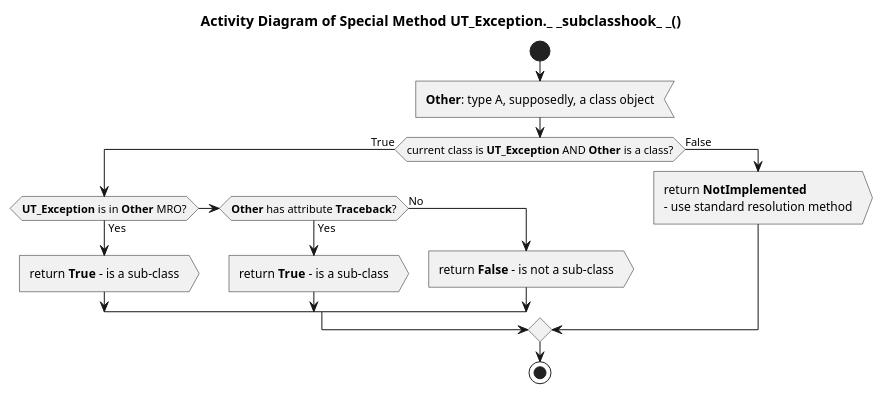
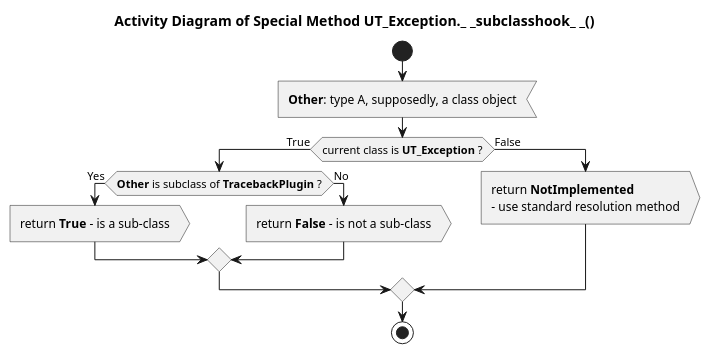
One commit to FooBarShebang/introspection_lib changed the diagram in Documentation/UML/base_exceptions/ut_exception_subclasshook.pu. Above: the diagram before and after it, drawn with PlantUML. The commit also changed 16 other files, not shown here.

```diff
--- a/Documentation/UML/base_exceptions/ut_exception_subclasshook.pu
+++ b/Documentation/UML/base_exceptions/ut_exception_subclasshook.pu
@@ -1,23 +1,21 @@
 @startuml ut_exception_subclasshook
 
 title Activity Diagram of Special Method UT_Exception._ _subclasshook_ _()
 
 start
 
 :<b>Other</b>: type A, supposedly, a class object<
 
-if (current class is <b>UT_Exception</b> AND <b>Other</b> is a class?) then (True)
-    if (<b>UT_Exception</b> is in <b>Other</b> MRO?) then (Yes)
-        :return <b>True</b> - is a sub-class>
-    elseif (<b>Other</b> has attribute <b>Traceback</b>?) then (Yes)
+if (current class is <b>UT_Exception</b> ?) then (True)
+    if (<b>Other</b> is subclass of <b>TracebackPlugin</b> ?) then (Yes)
         :return <b>True</b> - is a sub-class>
     else (No)
         :return <b>False</b> - is not a sub-class>
     endif
 else (False)
     :return <b>NotImplemented</b>\n- use standard resolution method>
 endif
 
 stop
 
 @enduml
```
